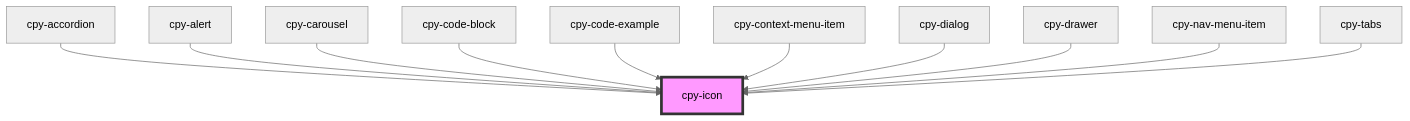
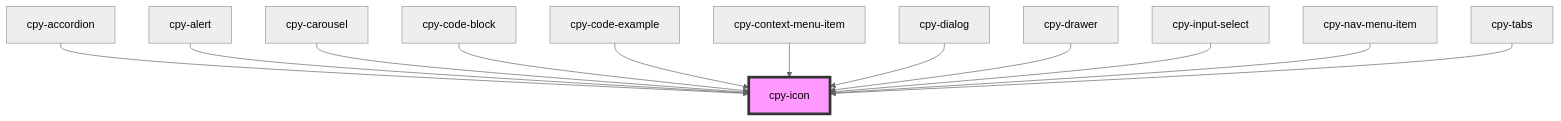
Before and after one commit to Lith1um/Canopy-Stencil: the diagram in stencil-lib/src/components/icon/readme.md, drawn with Mermaid (neutral theme). The commit also changed other lines of this file and 14 other files, not shown here.

````diff
--- a/stencil-lib/src/components/icon/readme.md
+++ b/stencil-lib/src/components/icon/readme.md
@@ -24,14 +25,15 @@
 ```mermaid
 graph TD;
   cpy-accordion --> cpy-icon
   cpy-alert --> cpy-icon
   cpy-carousel --> cpy-icon
   cpy-code-block --> cpy-icon
   cpy-code-example --> cpy-icon
   cpy-context-menu-item --> cpy-icon
   cpy-dialog --> cpy-icon
   cpy-drawer --> cpy-icon
+  cpy-input-select --> cpy-icon
   cpy-nav-menu-item --> cpy-icon
   cpy-tabs --> cpy-icon
   style cpy-icon fill:#f9f,stroke:#333,stroke-width:4px
 ```
````
